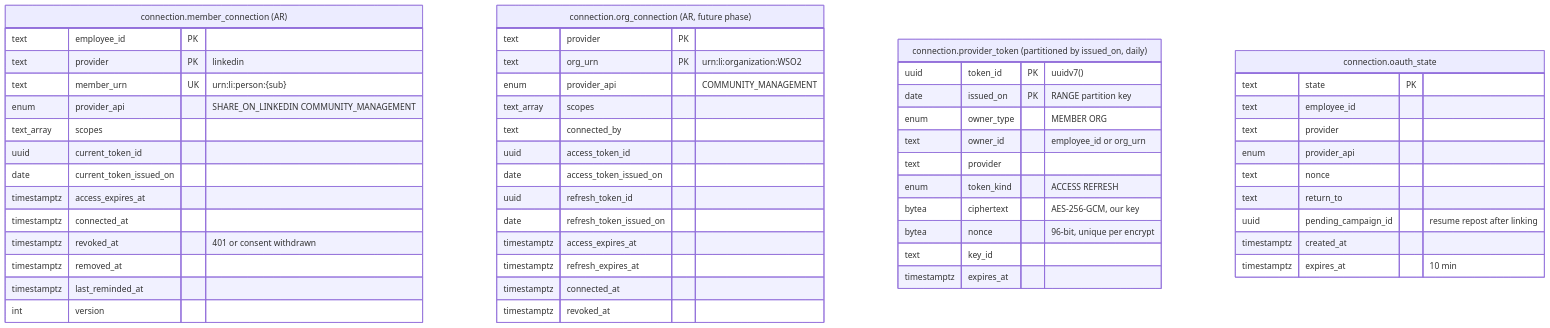
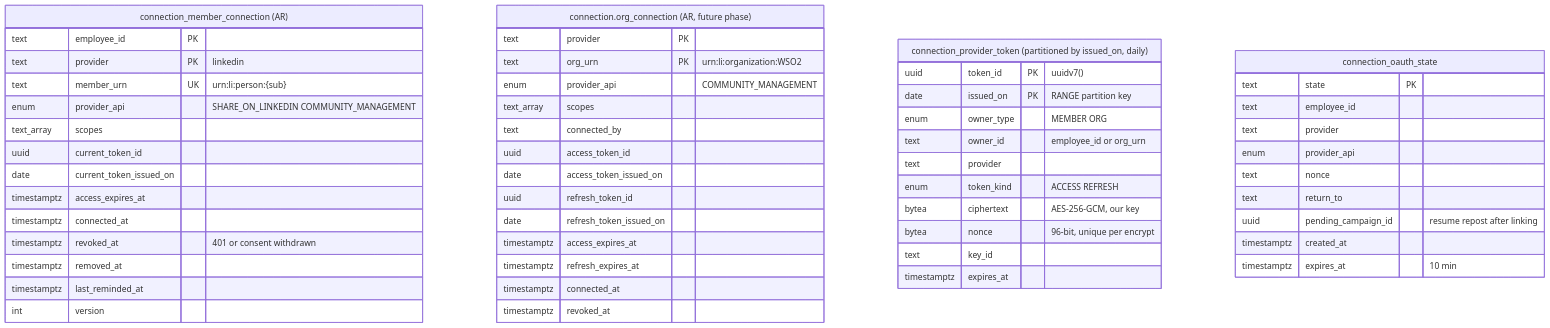
The fourth of 10 diagrams in apps/amplify/amplify-database/README.md (BechtelCanDoIt/marketing-tools), drawn with Mermaid before and after one commit. The commit also changed other lines of this file and 170 other files, not shown here.

````diff
--- a/apps/amplify/amplify-database/README.md
+++ b/apps/amplify/amplify-database/README.md
@@ -257,56 +257,56 @@
 ```mermaid
 erDiagram
-    MEMBER_CONNECTION["connection.member_connection (AR)"] {
+    MEMBER_CONNECTION["connection_member_connection (AR)"] {
         text employee_id PK
         text provider PK "linkedin"
         text member_urn UK "urn:li:person:{sub}"
         enum provider_api "SHARE_ON_LINKEDIN COMMUNITY_MANAGEMENT"
         text_array scopes
         uuid current_token_id
         date current_token_issued_on
         timestamptz access_expires_at
         timestamptz connected_at
         timestamptz revoked_at "401 or consent withdrawn"
         timestamptz removed_at
         timestamptz last_reminded_at
         int version
     }
     ORG_CONNECTION["connection.org_connection (AR, future phase)"] {
         text provider PK
         text org_urn PK "urn:li:organization:WSO2"
         enum provider_api "COMMUNITY_MANAGEMENT"
         text_array scopes
         text connected_by
         uuid access_token_id
         date access_token_issued_on
         uuid refresh_token_id
         date refresh_token_issued_on
         timestamptz access_expires_at
         timestamptz refresh_expires_at
         timestamptz connected_at
         timestamptz revoked_at
     }
-    PROVIDER_TOKEN["connection.provider_token (partitioned by issued_on, daily)"] {
+    PROVIDER_TOKEN["connection_provider_token (partitioned by issued_on, daily)"] {
         uuid token_id PK "uuidv7()"
         date issued_on PK "RANGE partition key"
         enum owner_type "MEMBER ORG"
         text owner_id "employee_id or org_urn"
         text provider
         enum token_kind "ACCESS REFRESH"
         bytea ciphertext "AES-256-GCM, our key"
         bytea nonce "96-bit, unique per encrypt"
         text key_id
         timestamptz expires_at
     }
-    OAUTH_STATE["connection.oauth_state"] {
+    OAUTH_STATE["connection_oauth_state"] {
         text state PK
         text employee_id
         text provider
         enum provider_api
         text nonce
         text return_to
         uuid pending_campaign_id "resume repost after linking"
         timestamptz created_at
         timestamptz expires_at "10 min"
     }
 ```
````
